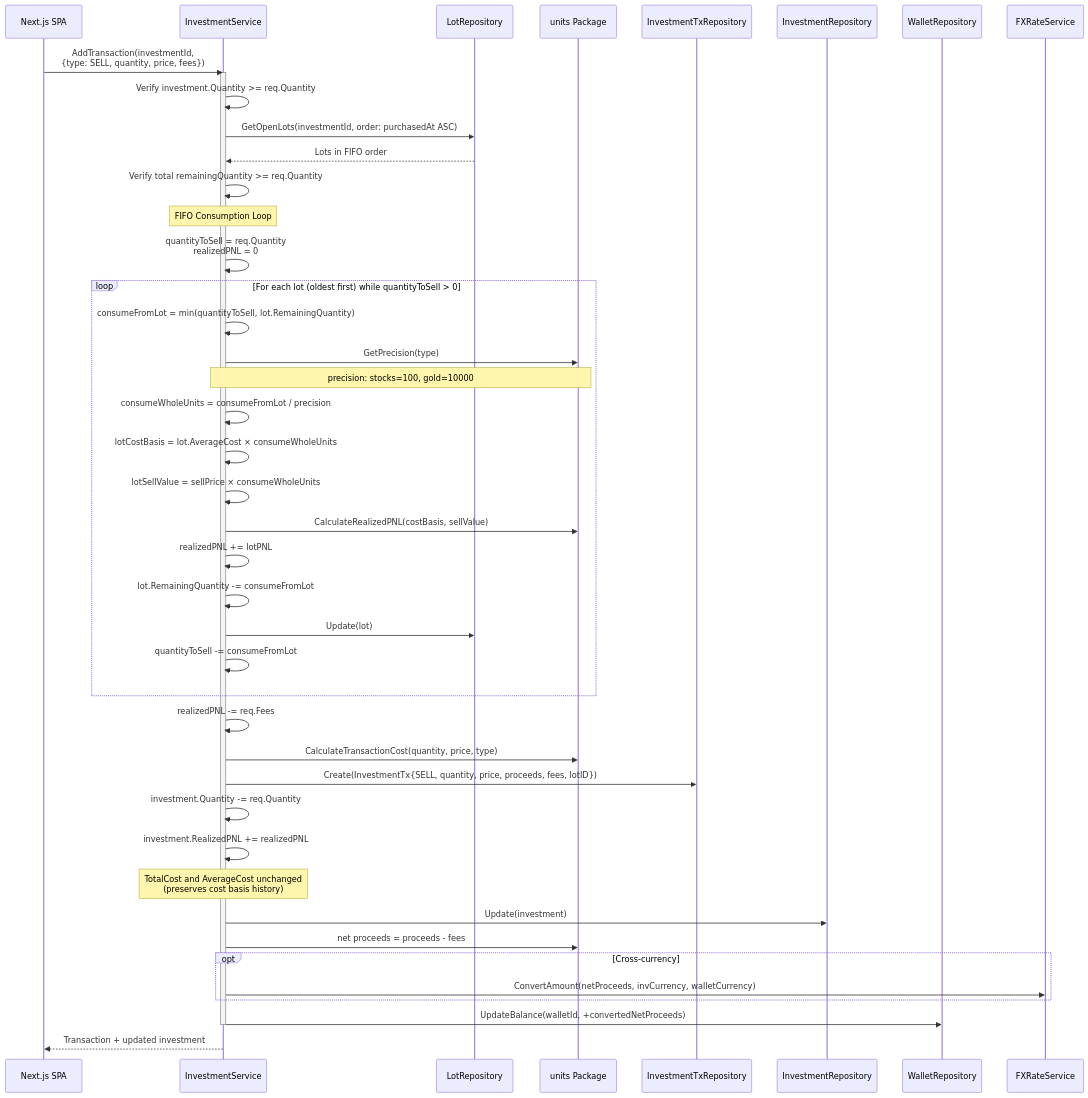
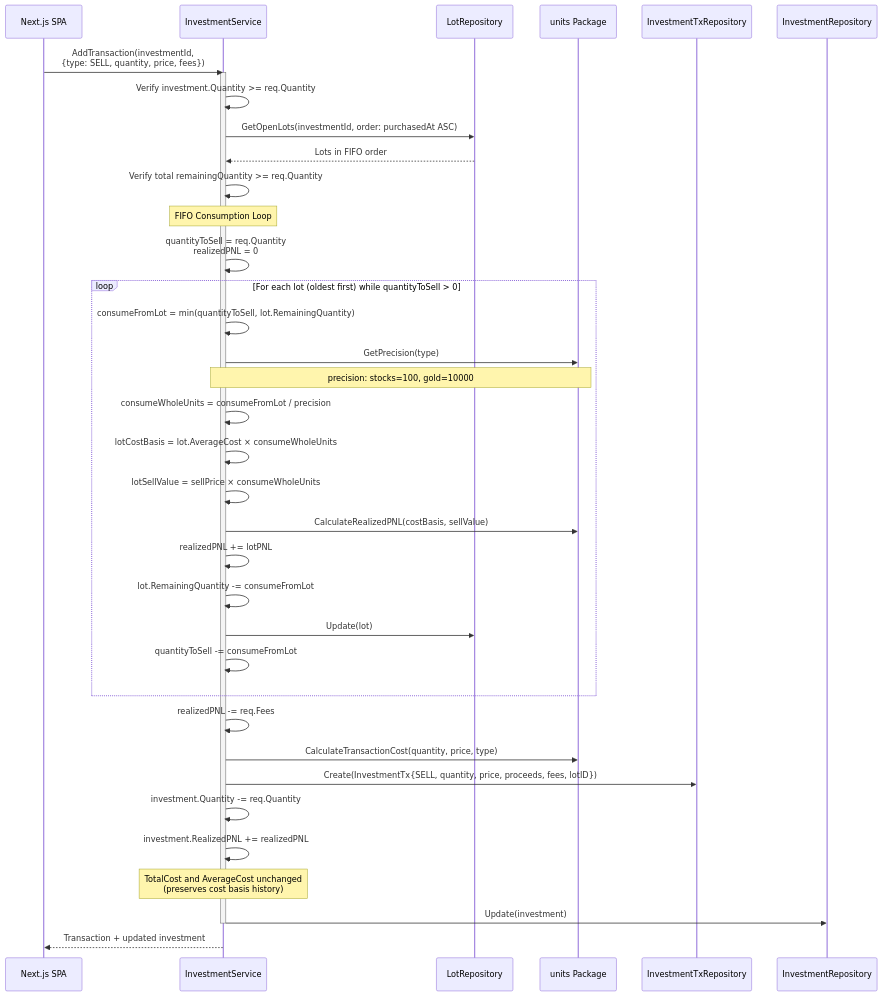
One commit to khanhnq1406/wealth-journey changed the third of 8 diagrams in docs/architecture/flow-investment.md. Above: the diagram before and after it, drawn with Mermaid. The commit also changed other lines of this file and 4 other files, not shown here.

First line of the commit message:
docs(architecture): update C4 and flow diagrams for investment-wallet decoupling

````diff
--- a/docs/architecture/flow-investment.md
+++ b/docs/architecture/flow-investment.md
@@ -203,62 +180,54 @@
 ```mermaid
 sequenceDiagram
     participant SPA as Next.js SPA
     participant IS as InvestmentService
     participant LR as LotRepository
     participant Units as units Package
     participant ITR as InvestmentTxRepository
     participant IR as InvestmentRepository
-    participant WR as WalletRepository
-    participant FX as FXRateService
 
     SPA->>IS: AddTransaction(investmentId,<br/>{type: SELL, quantity, price, fees})
 
     activate IS
     IS->>IS: Verify investment.Quantity >= req.Quantity
 
     IS->>LR: GetOpenLots(investmentId, order: purchasedAt ASC)
     LR-->>IS: Lots in FIFO order
 
     IS->>IS: Verify total remainingQuantity >= req.Quantity
 
     Note over IS: FIFO Consumption Loop
     IS->>IS: quantityToSell = req.Quantity<br/>realizedPNL = 0
 
     loop For each lot (oldest first) while quantityToSell > 0
         IS->>IS: consumeFromLot = min(quantityToSell, lot.RemainingQuantity)
 
         IS->>Units: GetPrecision(type)
         Note over IS,Units: precision: stocks=100, gold=10000
 
         IS->>IS: consumeWholeUnits = consumeFromLot / precision
         IS->>IS: lotCostBasis = lot.AverageCost × consumeWholeUnits
         IS->>IS: lotSellValue = sellPrice × consumeWholeUnits
 
         IS->>Units: CalculateRealizedPNL(costBasis, sellValue)
         IS->>IS: realizedPNL += lotPNL
 
         IS->>IS: lot.RemainingQuantity -= consumeFromLot
         IS->>LR: Update(lot)
 
         IS->>IS: quantityToSell -= consumeFromLot
     end
 
     IS->>IS: realizedPNL -= req.Fees
 
     IS->>Units: CalculateTransactionCost(quantity, price, type)
     IS->>ITR: Create(InvestmentTx{SELL, quantity, price, proceeds, fees, lotID})
 
     IS->>IS: investment.Quantity -= req.Quantity
     IS->>IS: investment.RealizedPNL += realizedPNL
     Note over IS: TotalCost and AverageCost unchanged<br/>(preserves cost basis history)
     IS->>IR: Update(investment)
-
-    IS->>Units: net proceeds = proceeds - fees
-    opt Cross-currency
-        IS->>FX: ConvertAmount(netProceeds, invCurrency, walletCurrency)
-    end
-    IS->>WR: UpdateBalance(walletId, +convertedNetProceeds)
     deactivate IS
 
     IS-->>SPA: Transaction + updated investment
 ```
````
